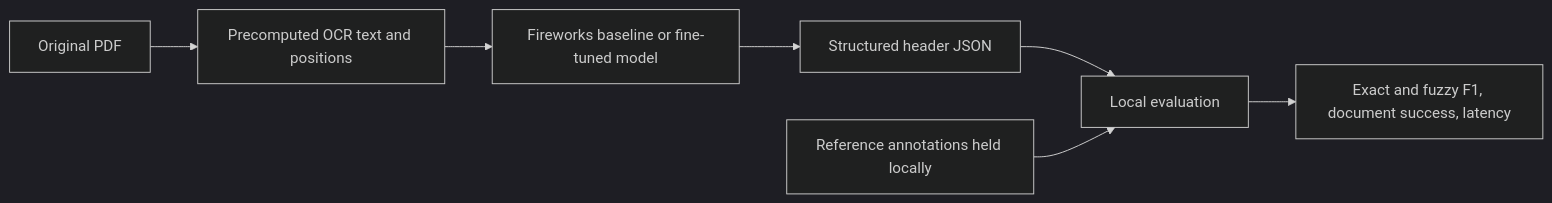
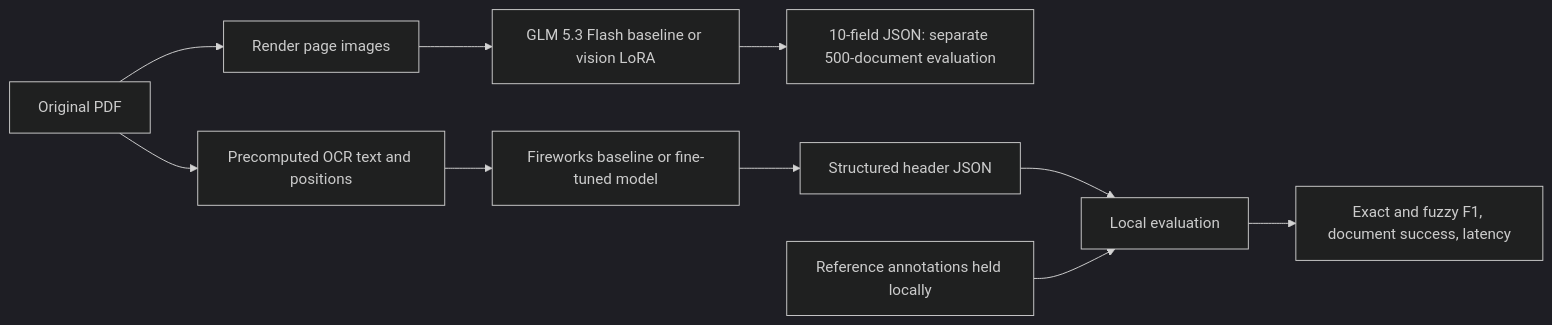
One commit to Manohar0220/hackathon_fireworks changed the diagram in README.md. Above: the diagram before and after it, drawn with Mermaid (dark theme). The commit also changed other lines of this file and 1 other file, not shown here.

Commit message:
Document GLM PDF vision baseline and fine-tuned results from final slides

````diff
--- a/README.md
+++ b/README.md
@@ -30,9 +34,12 @@
 ```mermaid
 flowchart LR
-    A[Original PDF] --> B[Precomputed OCR text and positions]
+    A[Original PDF] --> V[Render page images]
+    V --> W[GLM 5.3 Flash baseline or vision LoRA]
+    W --> X[10-field JSON: separate 500-document evaluation]
+    A --> B[Precomputed OCR text and positions]
     B --> C[Fireworks baseline or fine-tuned model]
     C --> D[Structured header JSON]
     D --> E[Local evaluation]
     F[Reference annotations held locally] --> E
     E --> G[Exact and fuzzy F1, document success, latency]
 ```
````
